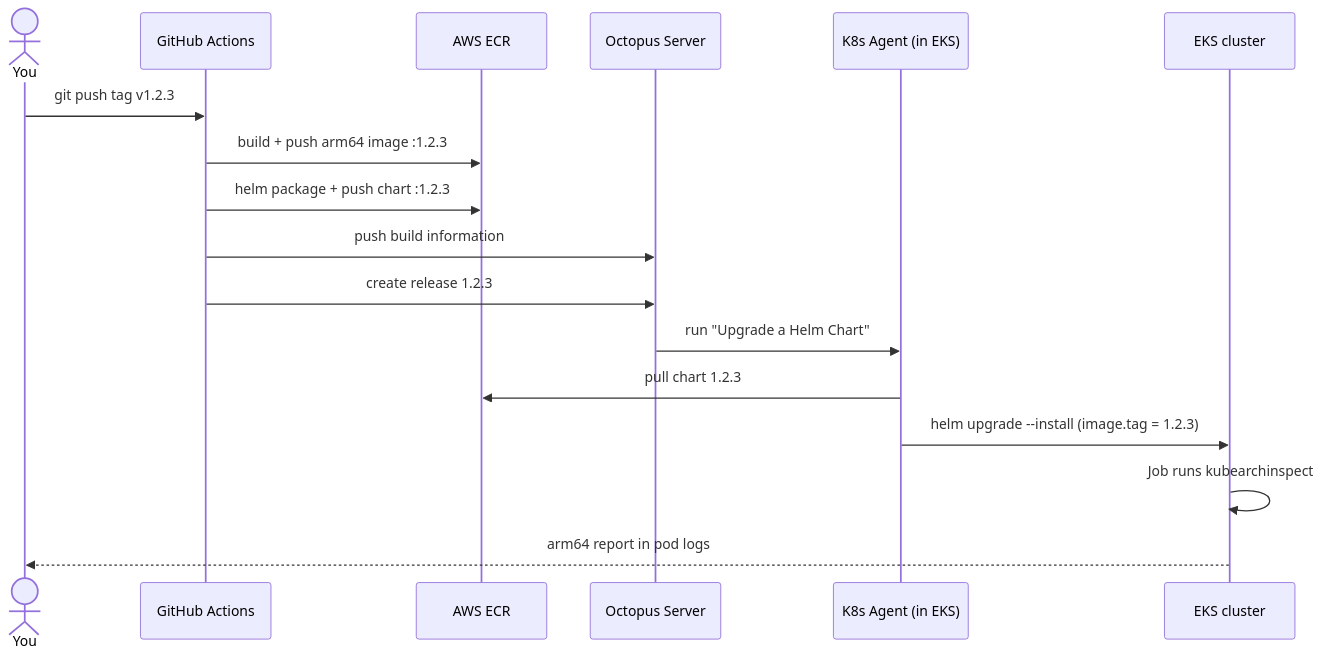
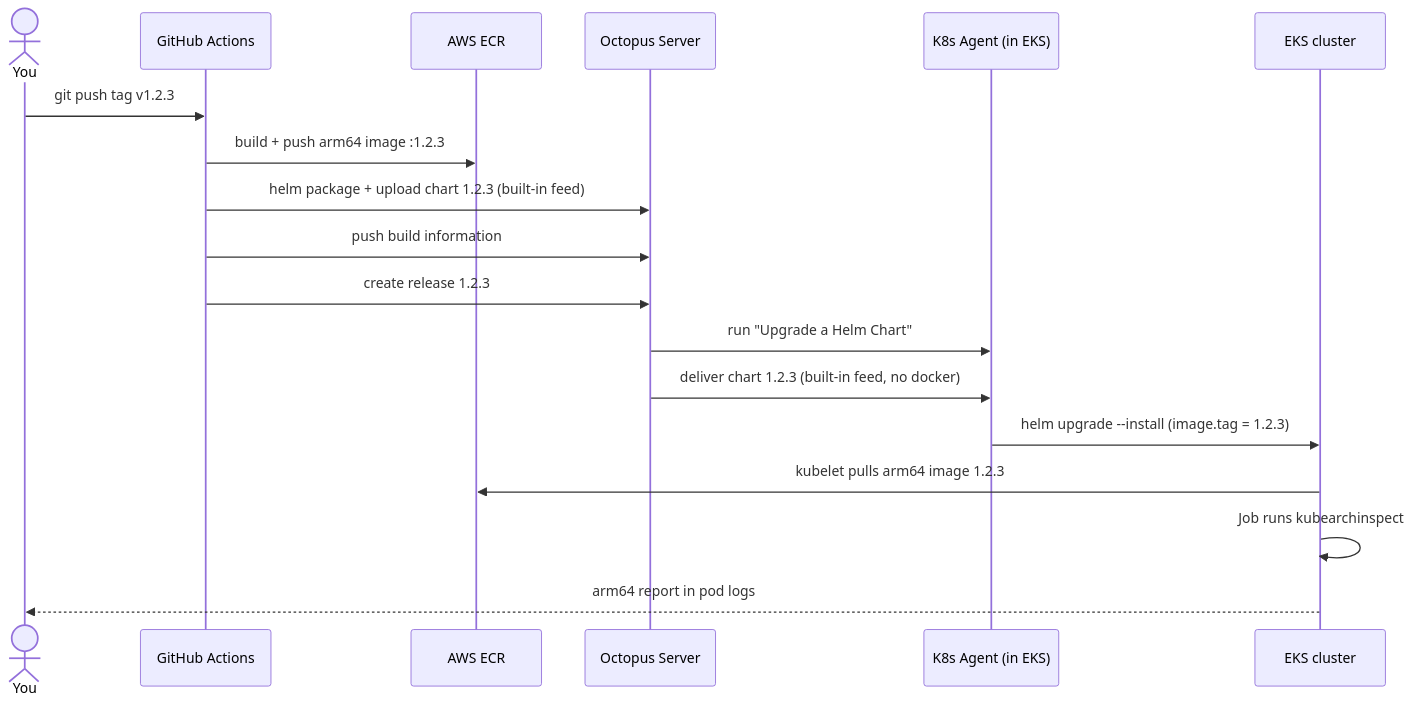
Before and after one commit to salesdemocf/arm-coding-exercise: the second of 2 diagrams in README.md, drawn with Mermaid. The commit also changed other lines of this file and 7 other files, not shown here.

Commit message:
need to move to built-in helm repo

````diff
--- a/README.md
+++ b/README.md
@@ -127,20 +128,21 @@
 ```mermaid
 sequenceDiagram
     actor You
     participant GH as GitHub Actions
     participant ECR as AWS ECR
     participant OCD as Octopus Server
     participant AG as K8s Agent (in EKS)
     participant K8s as EKS cluster
 
     You->>GH: git push tag v1.2.3
     GH->>ECR: build + push arm64 image :1.2.3
-    GH->>ECR: helm package + push chart :1.2.3
+    GH->>OCD: helm package + upload chart 1.2.3 (built-in feed)
     GH->>OCD: push build information
     GH->>OCD: create release 1.2.3
     OCD->>AG: run "Upgrade a Helm Chart"
-    AG->>ECR: pull chart 1.2.3
+    OCD->>AG: deliver chart 1.2.3 (built-in feed, no docker)
     AG->>K8s: helm upgrade --install (image.tag = 1.2.3)
+    K8s->>ECR: kubelet pulls arm64 image 1.2.3
     K8s->>K8s: Job runs kubearchinspect
     K8s-->>You: arm64 report in pod logs
 ```
````
